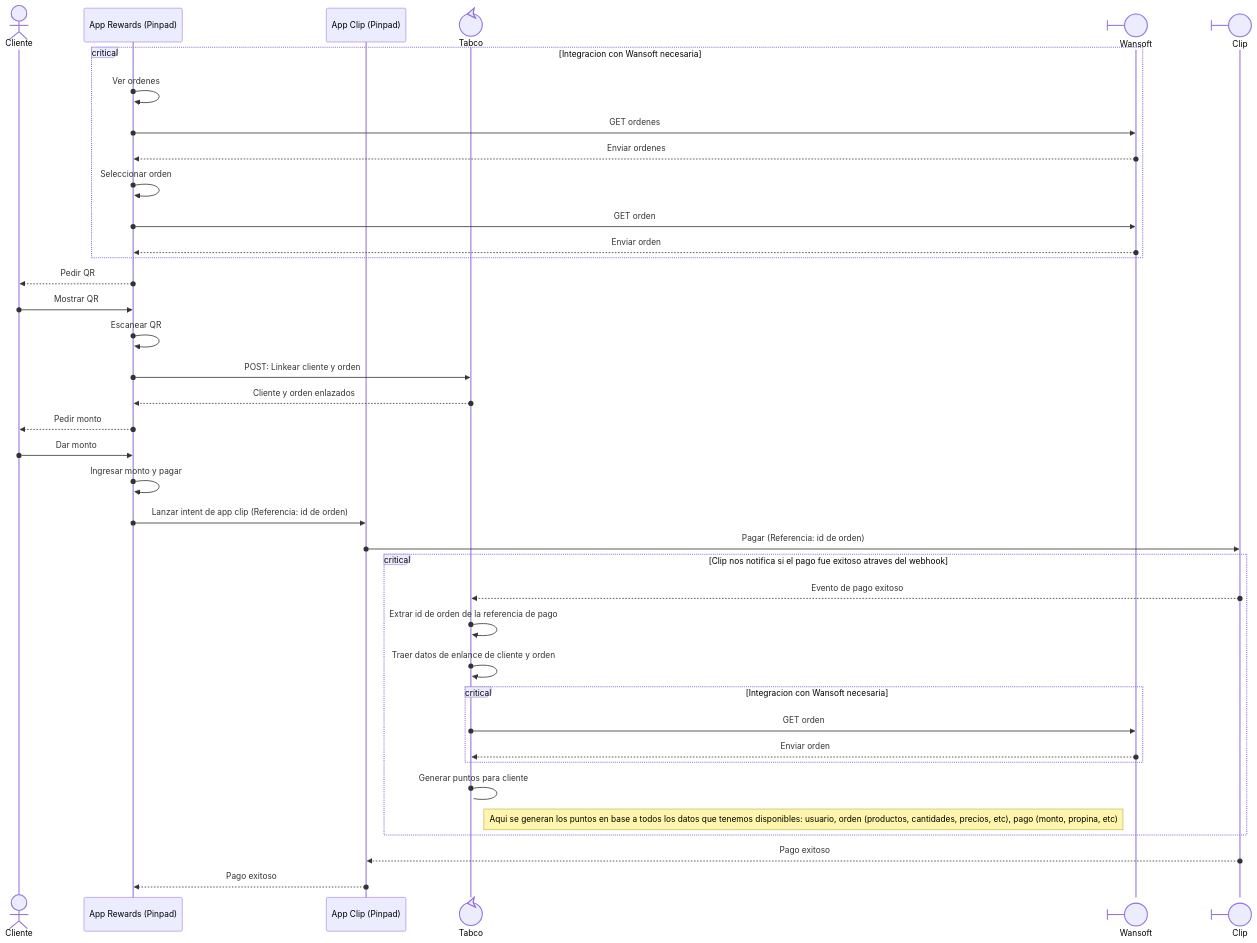
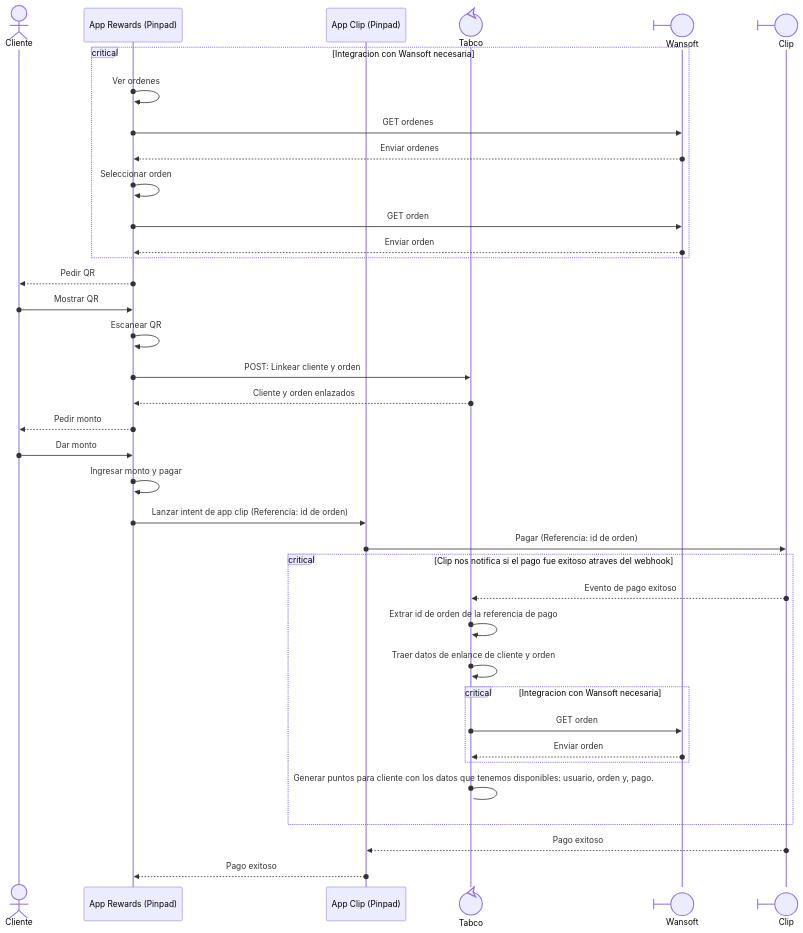
One commit to tabco-mx/docs changed the diagram in README.md. Above: the diagram before and after it, drawn with Mermaid.

Commit message:
Simplify description of point generation for client

````diff
--- a/README.md
+++ b/README.md
@@ -3,41 +3,40 @@
 ```mermaid
 sequenceDiagram
     actor u as Cliente
     participant p as App Rewards (Pinpad)
     participant cp as App Clip (Pinpad)
     participant t@{ "type": "control" } as Tabco
     participant w@{ "type": "boundary" } as Wansoft
     participant c@{ "type": "boundary" } as Clip
 
     critical Integracion con Wansoft necesaria
         p ()->> p: Ver ordenes
         p ()->> w: GET ordenes
         w ()-->> p: Enviar ordenes
         p ()->> p: Seleccionar orden
         p ()->> w: GET orden
         w ()-->> p: Enviar orden
     end
     p ()-->> u: Pedir QR
     u ()->> p: Mostrar QR
     p ()->> p: Escanear QR
     p ()->> t: POST: Linkear cliente y orden
     t ()-->> p: Cliente y orden enlazados
     p ()-->> u: Pedir monto
     u ()->> p: Dar monto
     p ()->> p: Ingresar monto y pagar
     p ()->> cp: Lanzar intent de app clip (Referencia: id de orden)
     cp ()->> c: Pagar (Referencia: id de orden)
     critical Clip nos notifica si el pago fue exitoso atraves del webhook
         c ()-->> t: Evento de pago exitoso
         t ()->>t: Extrar id de orden de la referencia de pago
         t ()->>t: Traer datos de enlance de cliente y orden
         critical Integracion con Wansoft necesaria
             t ()->>w: GET orden
             w ()-->> t: Enviar orden
         end
-        t ()->t: Generar puntos para cliente
-        Note right of t: Aqui se generan los puntos en base a todos los datos que tenemos disponibles: usuario, orden (productos, cantidades, precios, etc), pago (monto, propina, etc)
+        t ()->t: Generar puntos para cliente con los datos que tenemos disponibles: usuario, orden y, pago.
     end
     c ()-->>cp: Pago exitoso
     cp ()-->>p: Pago exitoso
 ```
````
